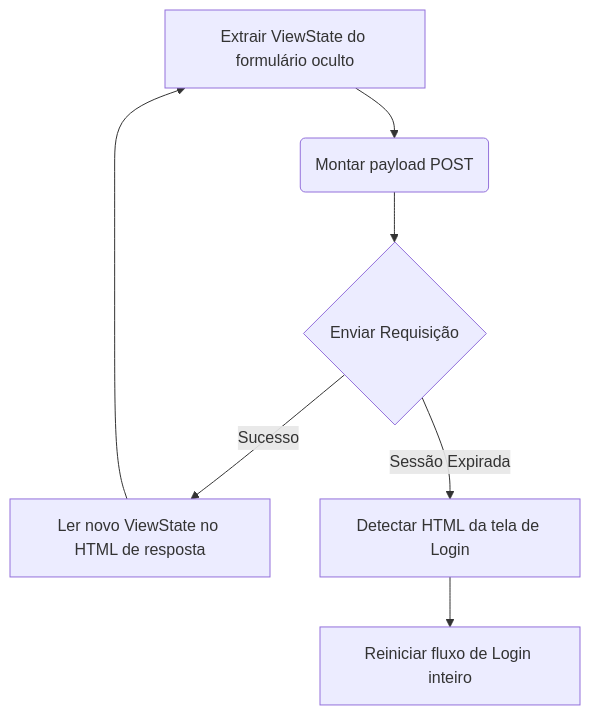
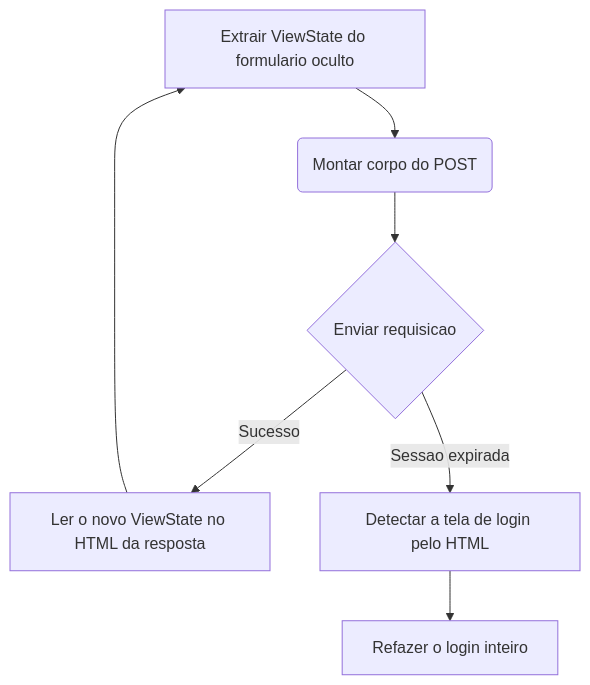
Before and after one commit to matheus-fsc/Sigaa-Desktop-Viewer: the second of 2 diagrams in wiki/Protocolo-SIGAA.md, drawn with Mermaid. The commit also changed other lines of this file and 8 other files, not shown here.

````diff
--- a/wiki/Protocolo-SIGAA.md
+++ b/wiki/Protocolo-SIGAA.md
@@ -57,9 +77,9 @@
 ```mermaid
 flowchart TD
-    A[Extrair ViewState do formulário oculto] --> B(Montar payload POST)
-    B --> C{Enviar Requisição}
-    C -->|Sucesso| D[Ler novo ViewState no HTML de resposta]
+    A[Extrair ViewState do formulario oculto] --> B(Montar corpo do POST)
+    B --> C{Enviar requisicao}
+    C -->|Sucesso| D[Ler o novo ViewState no HTML da resposta]
     D --> A
-    C -->|Sessão Expirada| E[Detectar HTML da tela de Login]
-    E --> F[Reiniciar fluxo de Login inteiro]
+    C -->|Sessao expirada| E[Detectar a tela de login pelo HTML]
+    E --> F[Refazer o login inteiro]
 ```
````
